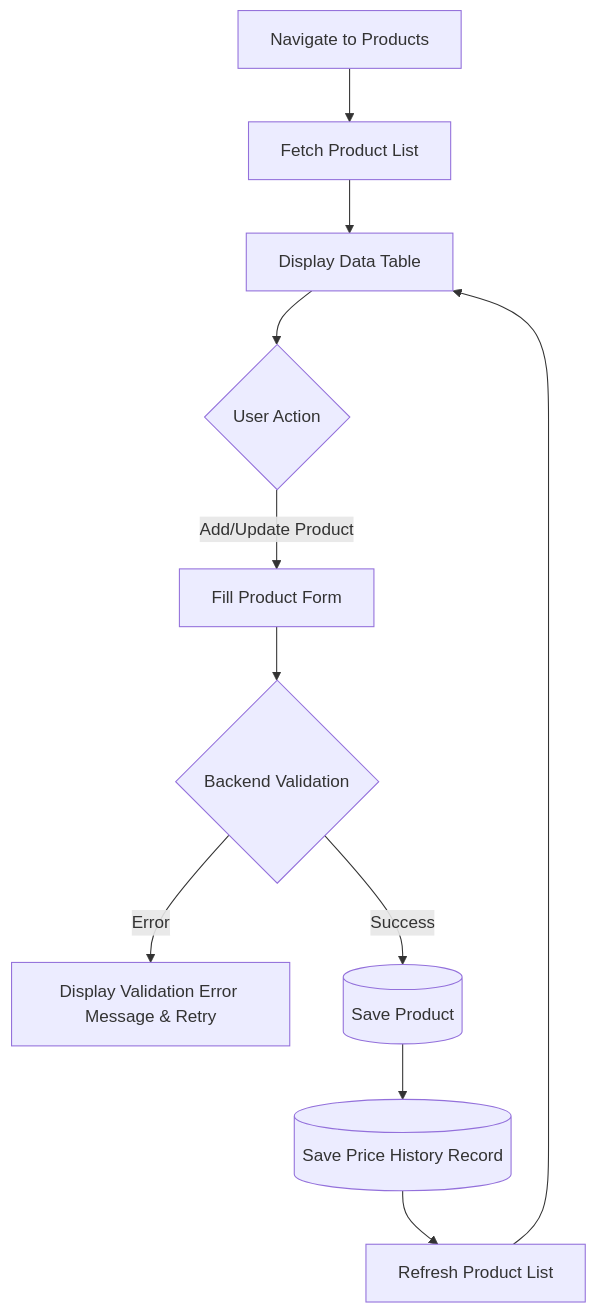
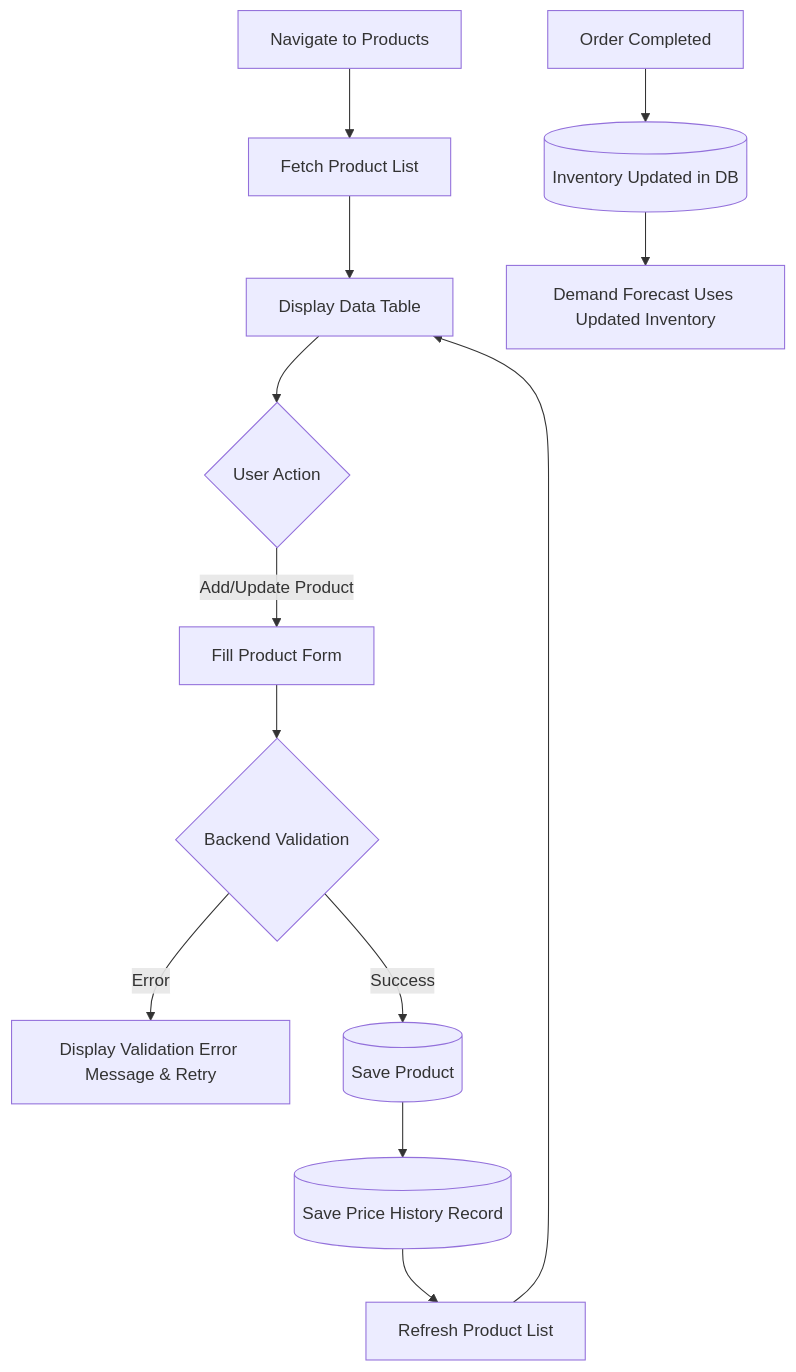
One commit to KMohammedsadiq/Dynamic-Pricing-Optimization-and-Revenue-Intelligence-Platform-K_Mohammad_Sadik changed the third of 10 diagrams in docs/04_Workflow_Planning.md. Above: the diagram before and after it, drawn with Mermaid. The commit also changed other lines of this file, not shown here.

````diff
--- a/docs/04_Workflow_Planning.md
+++ b/docs/04_Workflow_Planning.md
@@ -80,13 +88,16 @@
 ```mermaid
 flowchart TD
     A[Navigate to Products] --> B[Fetch Product List]
     B --> C[Display Data Table]
     C --> D{User Action}
     D -->|Add/Update Product| E[Fill Product Form]
     E --> F{Backend Validation}
     F -->|Error| G[Display Validation Error Message & Retry]
     F -->|Success| H[(Save Product)]
     H --> I[(Save Price History Record)]
     I --> J[Refresh Product List]
     J --> C
+    
+    A2[Order Completed] --> B2[(Inventory Updated in DB)]
+    B2 --> C2[Demand Forecast Uses Updated Inventory]
 ```
````
